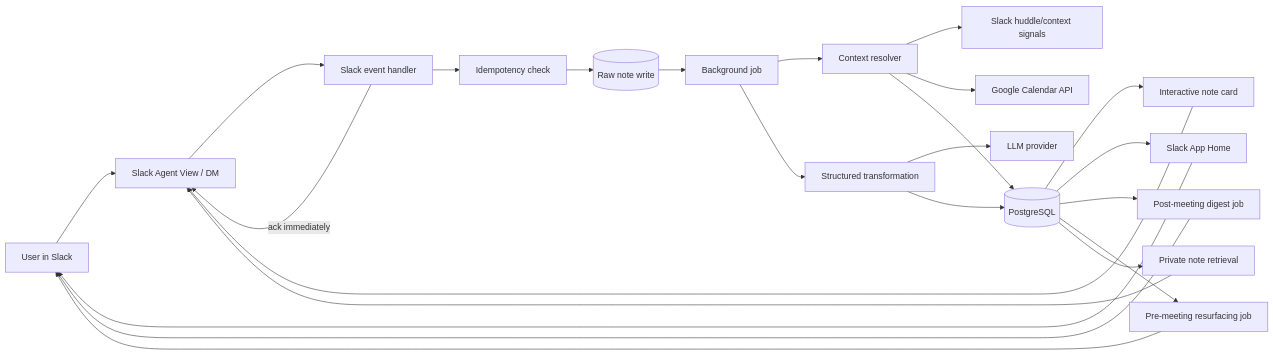
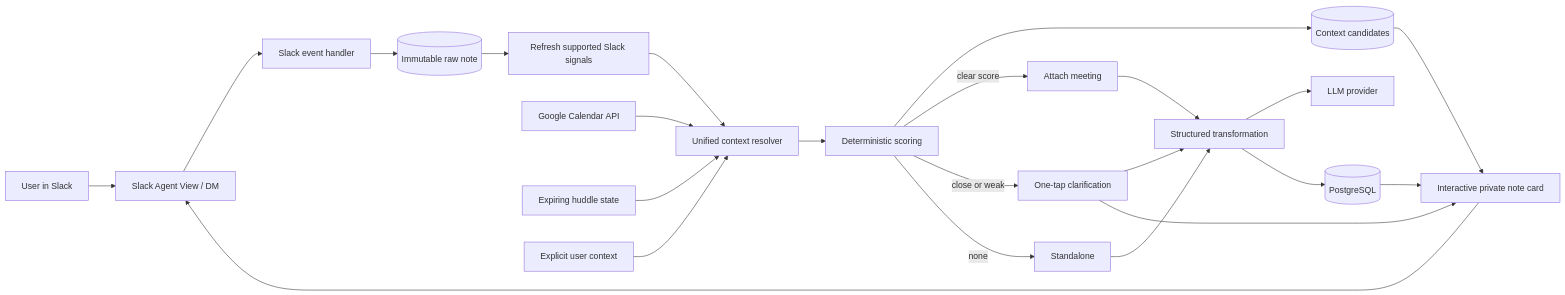
The diagram in docs/ARCHITECTURE.md (Solanh/margin-slack-agent), drawn with Mermaid before and after one commit. The commit also changed other lines of this file, not shown here.

Commit message:
docs: replace conceptual context algorithm with implemented scoring architecture

````diff
--- a/docs/ARCHITECTURE.md
+++ b/docs/ARCHITECTURE.md
@@ -13,31 +14,29 @@
 ```mermaid
 flowchart LR
     U[User in Slack] --> AV[Slack Agent View / DM]
     AV --> EH[Slack event handler]
-    EH -->|ack immediately| AV
-    EH --> ID[Idempotency check]
-    ID --> RAW[(Raw note write)]
-    RAW --> Q[Background job]
+    EH --> RAW[(Immutable raw note)]
+    RAW --> SIG[Refresh supported Slack signals]
 
-    Q --> CR[Context resolver]
-    CR --> HC[Slack huddle/context signals]
-    CR --> GC[Google Calendar API]
+    SIG --> CR[Unified context resolver]
+    GC[Google Calendar API] --> CR
+    HC[Expiring huddle state] --> CR
+    EX[Explicit user context] --> CR
 
-    Q --> TF[Structured transformation]
+    CR --> SCORE[Deterministic scoring]
+    SCORE --> CAND[(Context candidates)]
+    SCORE -->|clear score| ATTACH[Attach meeting]
+    SCORE -->|close or weak| ASK[One-tap clarification]
+    SCORE -->|none| SOLO[Standalone]
+
+    ATTACH --> TF[Structured transformation]
+    ASK --> TF
+    SOLO --> TF
     TF --> LLM[LLM provider]
+    TF --> NOTE[(PostgreSQL)]
 
-    CR --> NOTE[(PostgreSQL)]
-    TF --> NOTE
-
-    NOTE --> CARD[Interactive note card]
-    NOTE --> HOME[Slack App Home]
-    NOTE --> DIGEST[Post-meeting digest job]
-    NOTE --> RESURFACE[Pre-meeting resurfacing job]
-    NOTE --> SEARCH[Private note retrieval]
-
+    NOTE --> CARD[Interactive private note card]
+    CAND --> CARD
     CARD --> AV
-    HOME --> U
-    DIGEST --> U
-    RESURFACE --> U
-    SEARCH --> AV
+    ASK --> CARD
 ```
````
